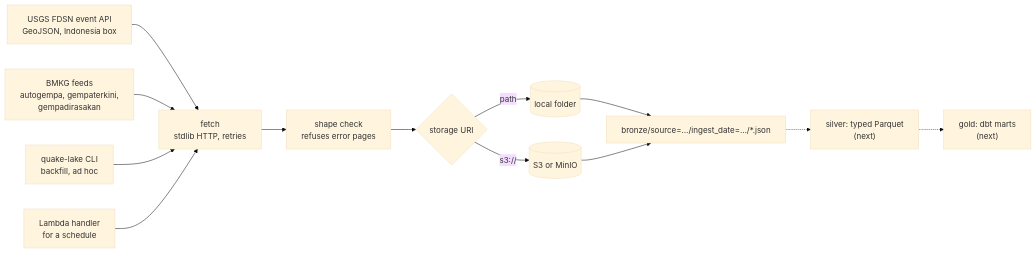
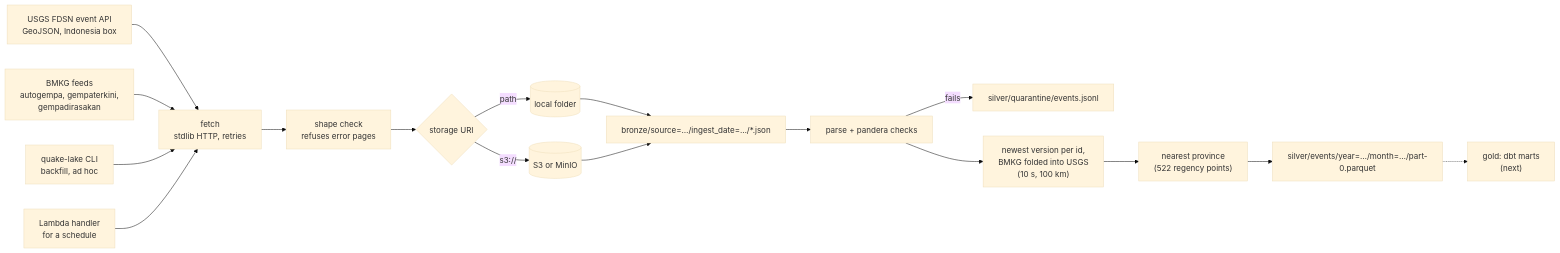
One commit to Julminus/quake-lake changed the diagram in README.md. Above: the diagram before and after it, drawn with Mermaid (base theme). The commit also changed other lines of this file and 5 other files, not shown here.

````diff
--- a/README.md
+++ b/README.md
@@ -60,14 +93,19 @@
 ```mermaid
 flowchart LR
     USGS["USGS FDSN event API<br/>GeoJSON, Indonesia box"] --> F
     BMKG["BMKG feeds<br/>autogempa, gempaterkini,<br/>gempadirasakan"] --> F
     CLI["quake-lake CLI<br/>backfill, ad hoc"] --> F
     L["Lambda handler<br/>for a schedule"] --> F
     F["fetch<br/>stdlib HTTP, retries"] --> C["shape check<br/>refuses error pages"]
     C --> S{"storage URI"}
     S -- "path" --> D[("local folder")]
     S -- "s3://" --> M[("S3 or MinIO")]
     D --> B["bronze/source=…/ingest_date=…/*.json"]
     M --> B
-    B -.-> SV["silver: typed Parquet<br/>(next)"] -.-> G["gold: dbt marts<br/>(next)"]
+    B --> P["parse + pandera checks"]
+    P -- "fails" --> Q["silver/quarantine/events.jsonl"]
+    P --> DD["newest version per id,<br/>BMKG folded into USGS<br/>(10 s, 100 km)"]
+    DD --> PR["nearest province<br/>(522 regency points)"]
+    PR --> SV["silver/events/year=…/month=…/part-0.parquet"]
+    SV -.-> G["gold: dbt marts<br/>(next)"]
 ```
````
